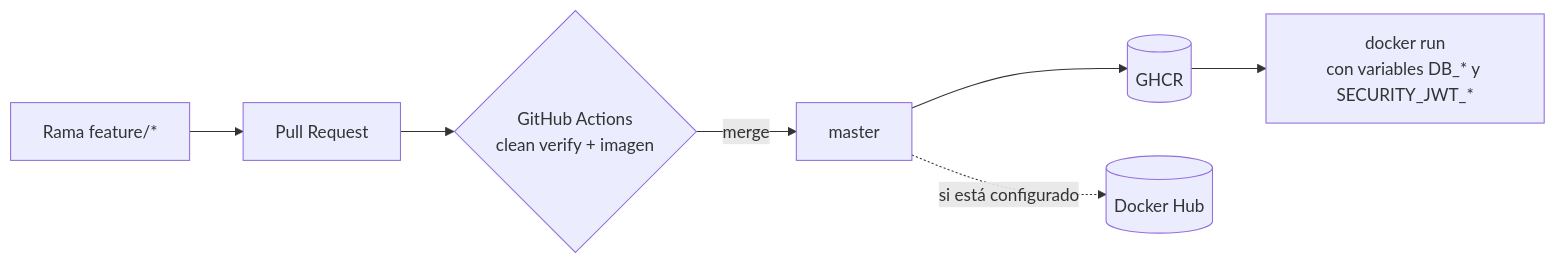
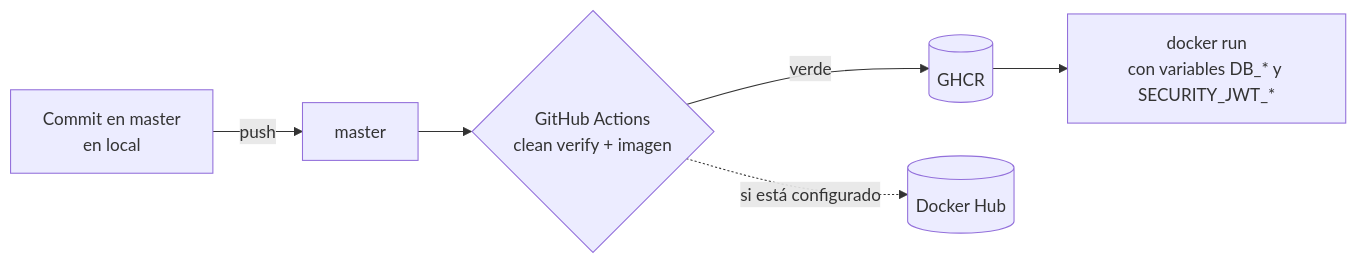
The third of 22 diagrams in docs/guides/arquitectura.md (christophersanz/AI-CICD), drawn with Mermaid before and after one commit. The commit also changed 11 other files, not shown here.

First line of the commit message:
Trabajar en una sola rama con push directo a master

````diff
--- a/docs/guides/arquitectura.md
+++ b/docs/guides/arquitectura.md
@@ -68,9 +68,8 @@
 ```mermaid
 flowchart LR
-    DEV[Rama feature/*] --> PR[Pull Request]
-    PR --> CI{GitHub Actions<br/>clean verify + imagen}
-    CI -->|merge| MAIN[master]
-    MAIN --> GHCR[(GHCR)]
-    MAIN -.->|si está configurado| DH[(Docker Hub)]
+    DEV[Commit en master<br/>en local] -->|push| MAIN[master]
+    MAIN --> CI{GitHub Actions<br/>clean verify + imagen}
+    CI -->|verde| GHCR[(GHCR)]
+    CI -.->|si está configurado| DH[(Docker Hub)]
     GHCR --> RUN[docker run<br/>con variables DB_* y SECURITY_JWT_*]
 ```
````
